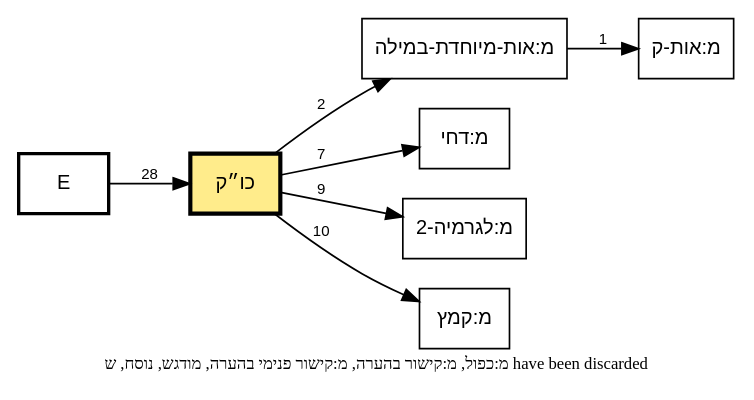
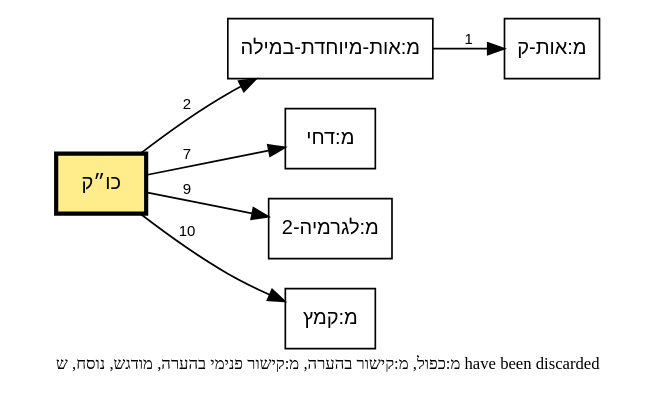
One commit to bdenckla/MAM-basics changed the diagram in out/tmpl-survey-plus/plus-kvq-call-graph.dot. Above: the diagram before and after it, drawn with Graphviz. The commit also changed 22 other files, not shown here.

Commit message:
per-column call graphs

```diff
--- a/out/tmpl-survey-plus/plus-kvq-call-graph.dot
+++ b/out/tmpl-survey-plus/plus-kvq-call-graph.dot
@@ -1,27 +1,22 @@
 // This file was generated by MAM-basics/py/main_tmpl_survey.py.
 // Do not edit by hand.
 digraph template_call_graph {
     rankdir=LR;
     node [fontname="SBL Hebrew,Helvetica", fontsize=12];
     edge [fontname="Helvetica", fontsize=9];
     graph [comment="This file was generated by MAM-basics/py/main_tmpl_survey.py."];
-
-    // Column nodes
-    node [shape=box, style=bold];
-    "E";
 
     // Template nodes
     node [shape=box, style=""];
     "כו״ק" [fillcolor="lightgoldenrod1", style="filled", penwidth=2.5];
 
     // Note
     graph [label="מ:כפול, מ:קישור בהערה, מ:קישור פנימי בהערה, מודגש, נוסח, ש have been discarded", labelloc=b, fontsize=10];
 
     // Edges
-    "E" -> "כו״ק" [label="28"];
     "כו״ק" -> "מ:אות-מיוחדת-במילה" [label="2"];
     "כו״ק" -> "מ:דחי" [label="7"];
     "כו״ק" -> "מ:לגרמיה-2" [label="9"];
     "כו״ק" -> "מ:קמץ" [label="10"];
     "מ:אות-מיוחדת-במילה" -> "מ:אות-ק" [label="1"];
 }
```
